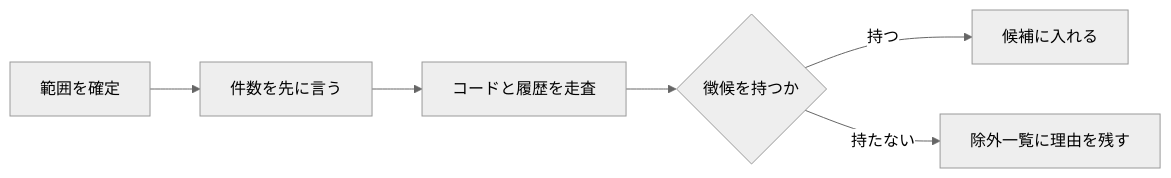
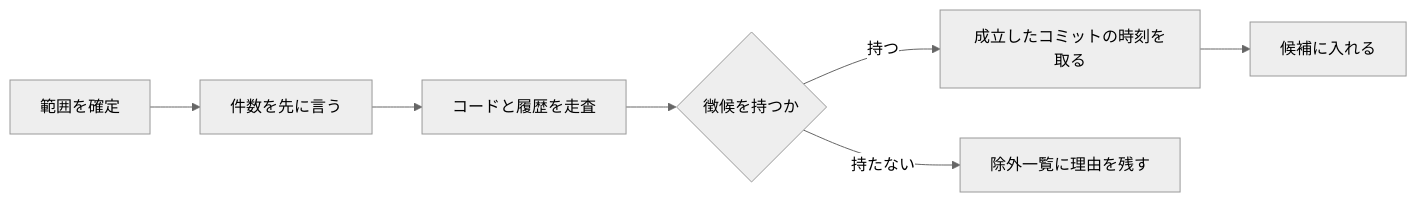
Before and after one commit to gameundwatch/codifier: the diagram in docs/archivist/L2_designs/_codifier-collect.md, drawn with Mermaid (neutral theme). The commit also changed other lines of this file and 4 other files, not shown here.

````diff
--- a/docs/archivist/L2_designs/_codifier-collect.md
+++ b/docs/archivist/L2_designs/_codifier-collect.md
@@ -19,8 +20,9 @@
 ```mermaid
 flowchart LR
     A[範囲を確定] --> B[件数を先に言う]
     B --> C[コードと履歴を走査]
     C --> D{徴候を持つか}
-    D -->|持つ| E[候補に入れる]
+    D -->|持つ| T[成立したコミットの時刻を取る]
+    T --> E[候補に入れる]
     D -->|持たない| F[除外一覧に理由を残す]
 ```
````
